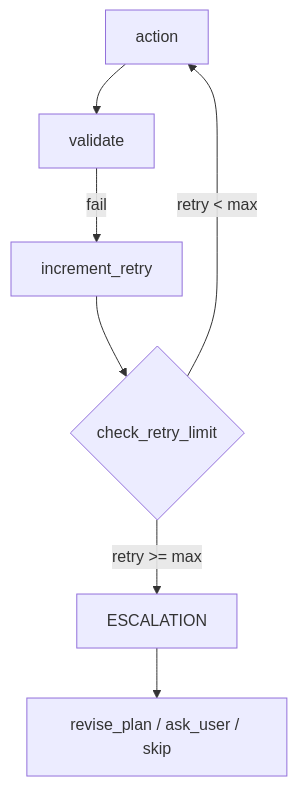
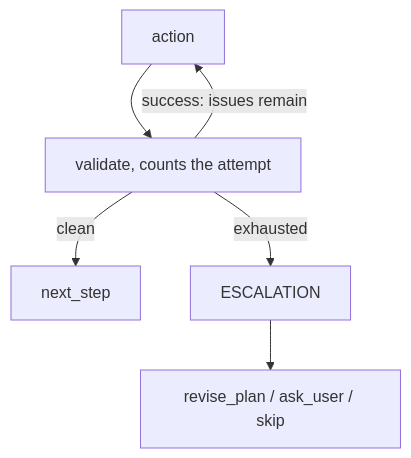
Before and after one commit to moira-mcp/moira: the third of 4 diagrams in packages/mcp-server/src/help/content/guides/workflow-creation.md, drawn with Mermaid. The commit also changed other lines of this file and 338 other files, not shown here.

First line of the commit message:
feat(workflow): add N-output routing and unified diagrams (#236)

````diff
--- a/packages/mcp-server/src/help/content/guides/workflow-creation.md
+++ b/packages/mcp-server/src/help/content/guides/workflow-creation.md
@@ -629,9 +726,8 @@
 ```mermaid
 flowchart TD
-    A[action] --> B[validate]
-    B -->|fail| C[increment_retry]
-    C --> D{check_retry_limit}
-    D -->|retry < max| A
-    D -->|retry >= max| E[ESCALATION]
-    E --> F[revise_plan / ask_user / skip]
+    A[action] --> B[validate, counts the attempt]
+    B -->|clean| C[next_step]
+    B -->|success: issues remain| A
+    B -->|exhausted| D[ESCALATION]
+    D --> E[revise_plan / ask_user / skip]
 ```
````
